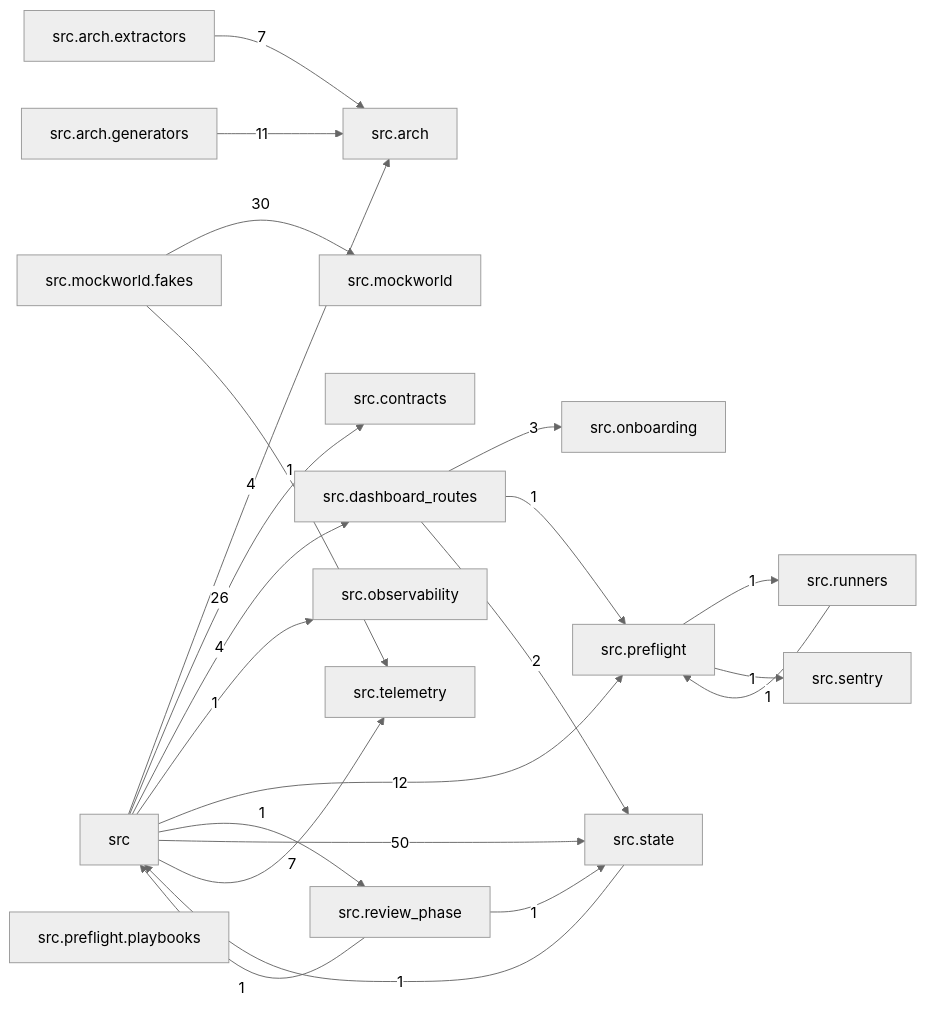
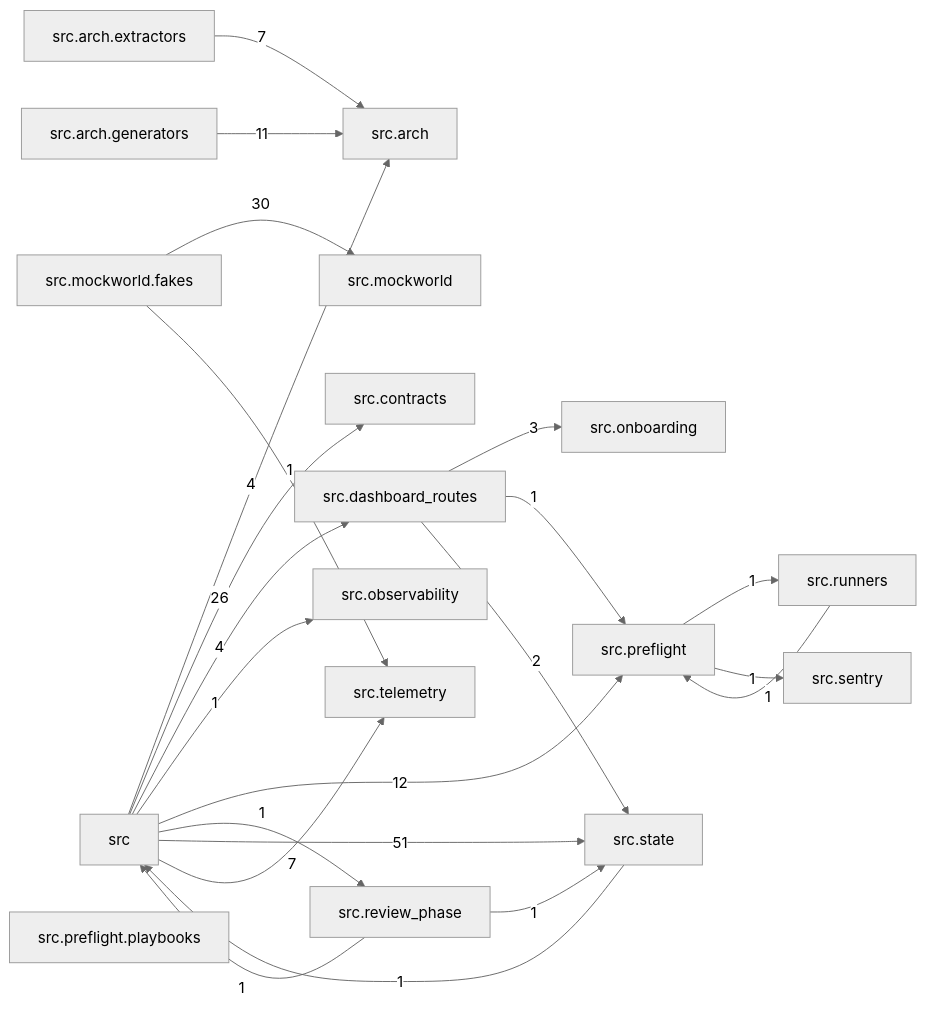
One commit to T-rav/hydraflow changed the diagram in docs/arch/generated/modules.md. Above: the diagram before and after it, drawn with Mermaid (neutral theme). The commit also changed 25 other files, not shown here.

````diff
--- a/docs/arch/generated/modules.md
+++ b/docs/arch/generated/modules.md
@@ -7,41 +7,41 @@
 ```mermaid
 graph LR
     src["src"]
     src_arch["src.arch"]
     src_arch_extractors["src.arch.extractors"]
     src_arch_generators["src.arch.generators"]
     src_contracts["src.contracts"]
     src_dashboard_routes["src.dashboard_routes"]
     src_mockworld["src.mockworld"]
     src_mockworld_fakes["src.mockworld.fakes"]
     src_observability["src.observability"]
     src_onboarding["src.onboarding"]
     src_preflight["src.preflight"]
     src_preflight_playbooks["src.preflight.playbooks"]
     src_review_phase["src.review_phase"]
     src_runners["src.runners"]
     src_sentry["src.sentry"]
     src_state["src.state"]
     src_telemetry["src.telemetry"]
     src -- "4" --> src_arch
     src -- "26" --> src_contracts
     src -- "4" --> src_dashboard_routes
     src -- "1" --> src_observability
     src -- "12" --> src_preflight
     src -- "1" --> src_review_phase
-    src -- "50" --> src_state
+    src -- "51" --> src_state
     src -- "7" --> src_telemetry
     src_arch_extractors -- "7" --> src_arch
     src_arch_generators -- "11" --> src_arch
     src_dashboard_routes -- "3" --> src_onboarding
     src_dashboard_routes -- "1" --> src_preflight
     src_dashboard_routes -- "2" --> src_state
     src_mockworld_fakes -- "30" --> src_mockworld
     src_mockworld_fakes -- "1" --> src_telemetry
     src_preflight -- "1" --> src_runners
     src_preflight -- "1" --> src_sentry
     src_review_phase -- "1" --> src
     src_review_phase -- "1" --> src_state
     src_runners -- "1" --> src_preflight
     src_state -- "1" --> src
 ```
````
